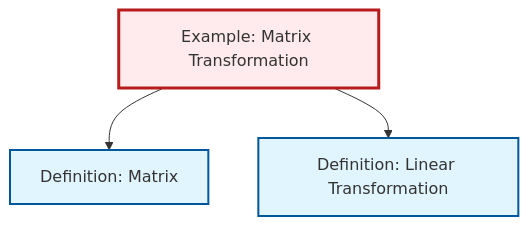
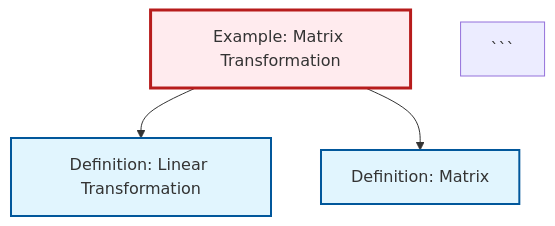
The diagram in output/mermaid/ex-matrix-transformation.mermaid (RK0429/ModernMath), drawn with Mermaid before and after one commit. The commit also changed 1183 other files, not shown here.

````diff
--- a/output/mermaid/ex-matrix-transformation.mermaid
+++ b/output/mermaid/ex-matrix-transformation.mermaid
@@ -1,15 +1,14 @@
-```{mermaid}
 %%| fig-cap: "Local dependency graph"
 graph TD
     classDef definition fill:#e1f5fe,stroke:#01579b,stroke-width:2px
     classDef theorem fill:#f3e5f5,stroke:#4a148c,stroke-width:2px
     classDef axiom fill:#fff3e0,stroke:#e65100,stroke-width:2px
     classDef example fill:#e8f5e9,stroke:#1b5e20,stroke-width:2px
     classDef current fill:#ffebee,stroke:#b71c1c,stroke-width:3px
+    def-matrix["Definition: Matrix"]:::definition
     def-linear-transformation["Definition: Linear Transformation"]:::definition
-    def-matrix["Definition: Matrix"]:::definition
     ex-matrix-transformation["Example: Matrix Transformation"]:::example
+    ex-matrix-transformation --> def-linear-transformation
     ex-matrix-transformation --> def-matrix
-    ex-matrix-transformation --> def-linear-transformation
     class ex-matrix-transformation current
 ```
````
